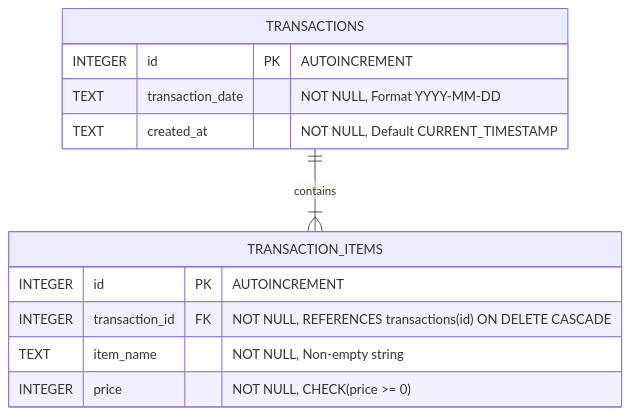
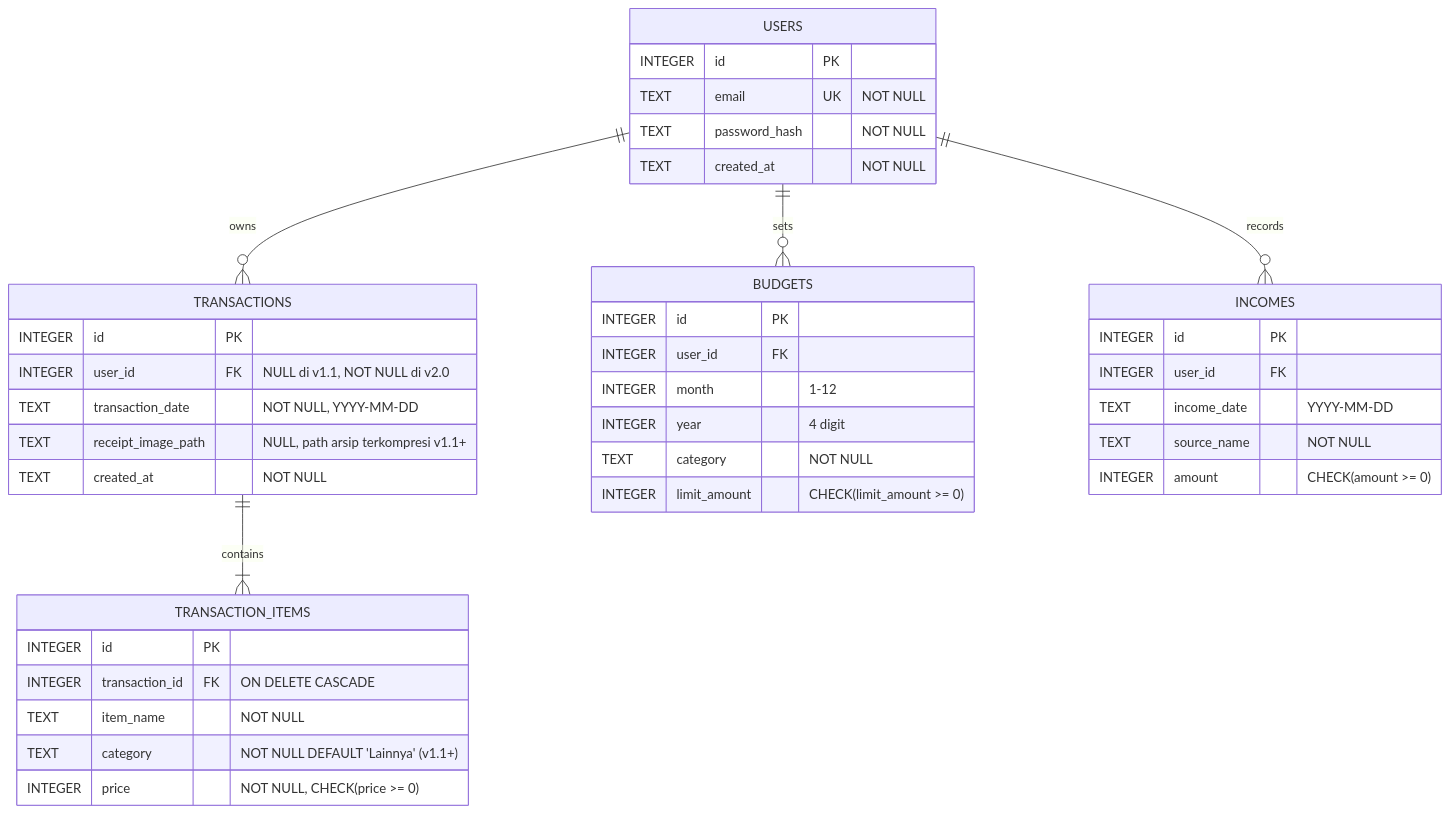
One commit to aqilareindra/ExTra-Expense-Tracker changed the third of 3 diagrams in PRD.md. Above: the diagram before and after it, drawn with Mermaid. The commit also changed other lines of this file and 1 other file, not shown here.

````diff
--- a/PRD.md
+++ b/PRD.md
@@ -366,17 +270,47 @@
 ```mermaid
 erDiagram
+    USERS ||--o{ TRANSACTIONS : owns
+    USERS ||--o{ BUDGETS : sets
+    USERS ||--o{ INCOMES : records
     TRANSACTIONS ||--|{ TRANSACTION_ITEMS : contains
 
+    USERS {
+        INTEGER id PK
+        TEXT email UK "NOT NULL"
+        TEXT password_hash "NOT NULL"
+        TEXT created_at "NOT NULL"
+    }
+
     TRANSACTIONS {
-        INTEGER id PK "AUTOINCREMENT"
-        TEXT transaction_date "NOT NULL, Format YYYY-MM-DD"
-        TEXT created_at "NOT NULL, Default CURRENT_TIMESTAMP"
+        INTEGER id PK
+        INTEGER user_id FK "NULL di v1.1, NOT NULL di v2.0"
+        TEXT transaction_date "NOT NULL, YYYY-MM-DD"
+        TEXT receipt_image_path "NULL, path arsip terkompresi v1.1+"
+        TEXT created_at "NOT NULL"
     }
 
     TRANSACTION_ITEMS {
-        INTEGER id PK "AUTOINCREMENT"
-        INTEGER transaction_id FK "NOT NULL, REFERENCES transactions(id) ON DELETE CASCADE"
-        TEXT item_name "NOT NULL, Non-empty string"
+        INTEGER id PK
+        INTEGER transaction_id FK "ON DELETE CASCADE"
+        TEXT item_name "NOT NULL"
+        TEXT category "NOT NULL DEFAULT 'Lainnya' (v1.1+)"
         INTEGER price "NOT NULL, CHECK(price >= 0)"
     }
+
+    BUDGETS {
+        INTEGER id PK
+        INTEGER user_id FK
+        INTEGER month "1-12"
+        INTEGER year "4 digit"
+        TEXT category "NOT NULL"
+        INTEGER limit_amount "CHECK(limit_amount >= 0)"
+    }
+
+    INCOMES {
+        INTEGER id PK
+        INTEGER user_id FK
+        TEXT income_date "YYYY-MM-DD"
+        TEXT source_name "NOT NULL"
+        INTEGER amount "CHECK(amount >= 0)"
+    }
 ```
````
